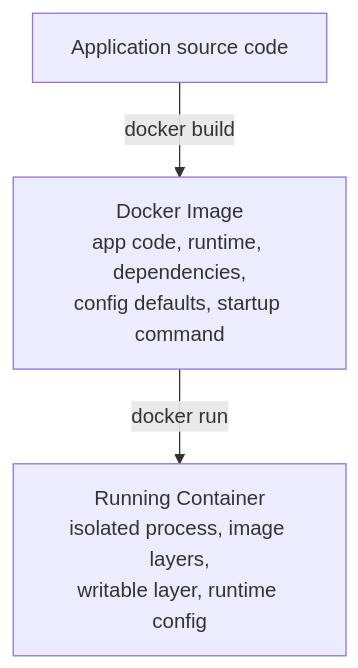
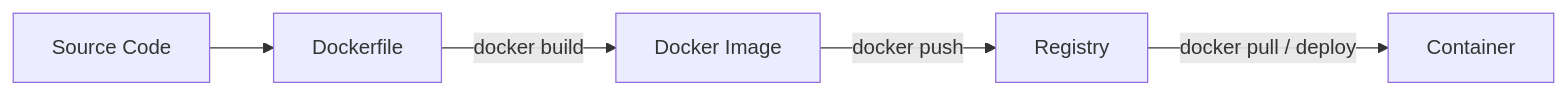
Before and after one commit to AvadhBhalodiya/Interview-Preparation: the first of 4 diagrams in src/content/devops/docker-images-builds.md, drawn with Mermaid. The commit also changed other lines of this file and 54 other files, not shown here.

````diff
--- a/src/content/devops/docker-images-builds.md
+++ b/src/content/devops/docker-images-builds.md
@@ -21,5 +31,7 @@
 ```mermaid
-flowchart TD
-    A[Application source code] -->|docker build| B["Docker Image<br/>app code, runtime, dependencies,<br/>config defaults, startup command"]
-    B -->|docker run| C["Running Container<br/>isolated process, image layers,<br/>writable layer, runtime config"]
+flowchart LR
+    A[Source Code] --> B[Dockerfile]
+    B -->|docker build| C[Docker Image]
+    C -->|docker push| D[Registry]
+    D -->|docker pull / deploy| E[Container]
 ```
````
